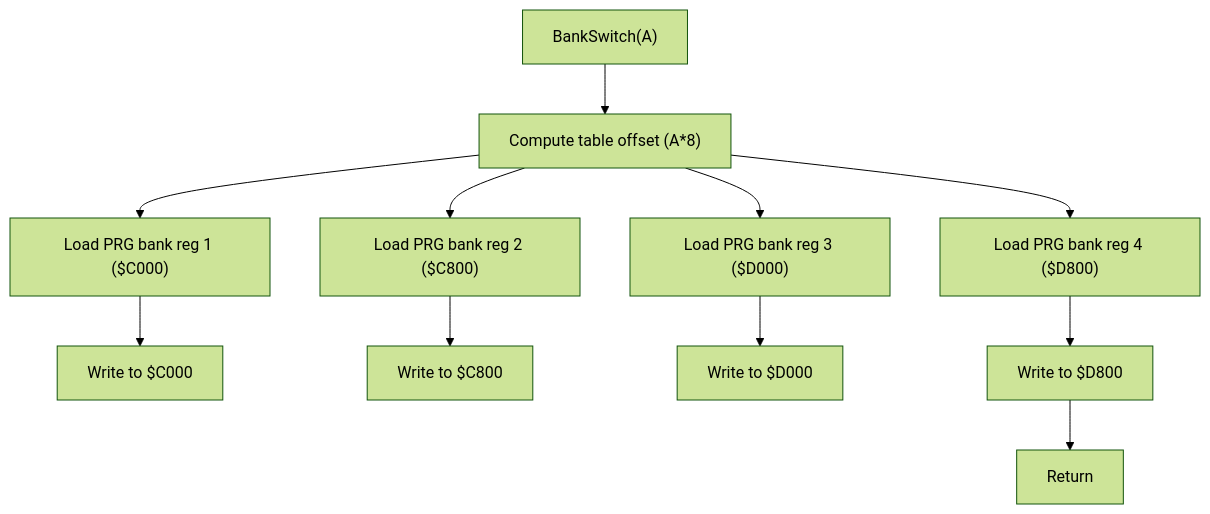
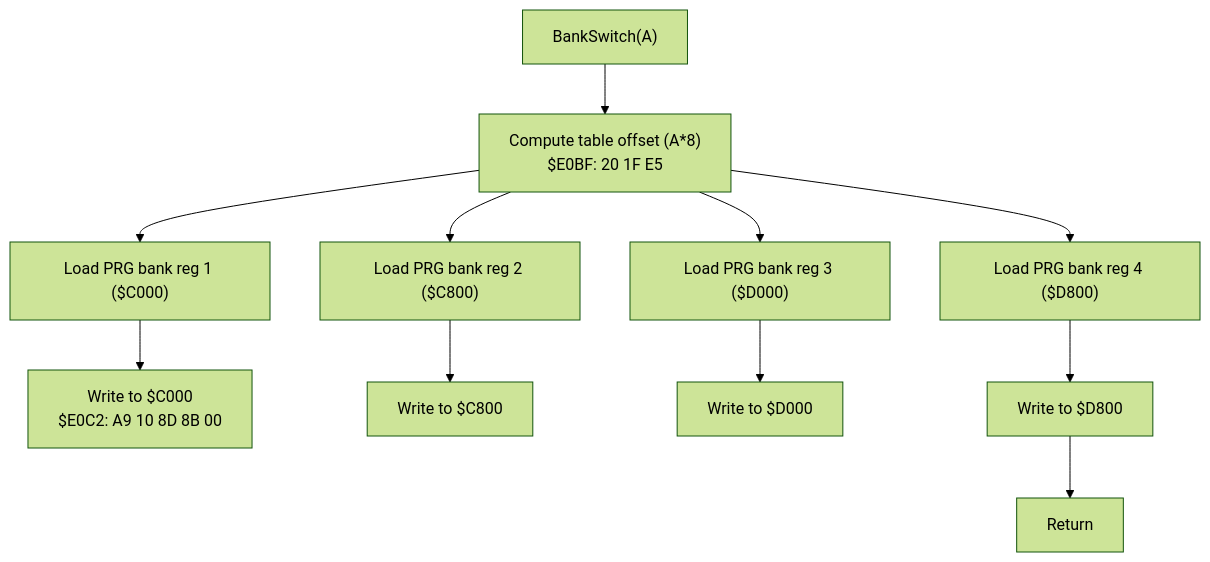
The sixth of 9 diagrams in .qoder/repowiki/en/content/Assembly Architecture/Assembly Architecture.md (rabbyzero/sango2dasm), drawn with Mermaid (forest theme) before and after one commit. The commit also changed other lines of this file and 26 other files, not shown here.

````diff
--- a/.qoder/repowiki/en/content/Assembly Architecture/Assembly Architecture.md
+++ b/.qoder/repowiki/en/content/Assembly Architecture/Assembly Architecture.md
@@ -221,13 +272,13 @@
 ```mermaid
 flowchart TD
-CALL["BankSwitch(A)"] --> TABLEIDX["Compute table offset (A*8)"]
+CALL["BankSwitch(A)"] --> TABLEIDX["Compute table offset (A*8)<br/>$E0BF: 20 1F E5"]
 TABLEIDX --> LOAD1["Load PRG bank reg 1 ($C000)"]
-LOAD1 --> WRITE1["Write to $C000"]
+LOAD1 --> WRITE1["Write to $C000<br/>$E0C2: A9 10 8D 8B 00"]
 TABLEIDX --> LOAD2["Load PRG bank reg 2 ($C800)"]
 LOAD2 --> WRITE2["Write to $C800"]
 TABLEIDX --> LOAD3["Load PRG bank reg 3 ($D000)"]
 LOAD3 --> WRITE3["Write to $D000"]
 TABLEIDX --> LOAD4["Load PRG bank reg 4 ($D800)"]
 LOAD4 --> WRITE4["Write to $D800"]
 WRITE4 --> DONE["Return"]
 ```
````
